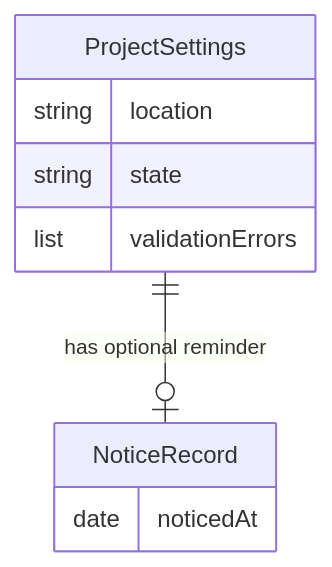
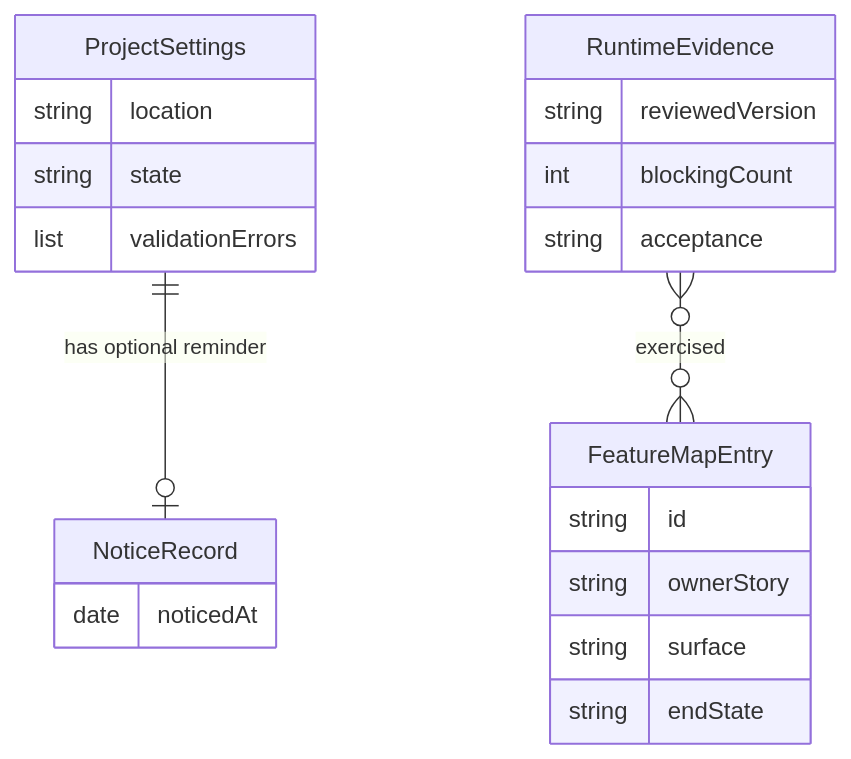
Before and after one commit to duc01226/easy-claude: the diagram in docs/specs/ContextDelivery/README.ProjectContextIntake.md, drawn with Mermaid. The commit also changed other lines of this file and 39 other files, not shown here.

First line of the commit message:
feat(skills): runtime evidence in PR bodies and a spec-linked feature map

````diff
--- a/docs/specs/ContextDelivery/README.ProjectContextIntake.md
+++ b/docs/specs/ContextDelivery/README.ProjectContextIntake.md
@@ -111,12 +172,24 @@
 ```mermaid
 erDiagram
     ProjectSettings {
         string location
         string state
         list validationErrors
     }
     NoticeRecord {
         date noticedAt
     }
     ProjectSettings ||--o| NoticeRecord : "has optional reminder"
+    FeatureMapEntry {
+        string id
+        string ownerStory
+        string surface
+        string endState
+    }
+    RuntimeEvidence {
+        string reviewedVersion
+        int blockingCount
+        string acceptance
+    }
+    RuntimeEvidence }o--o{ FeatureMapEntry : "exercised"
 ```
````
